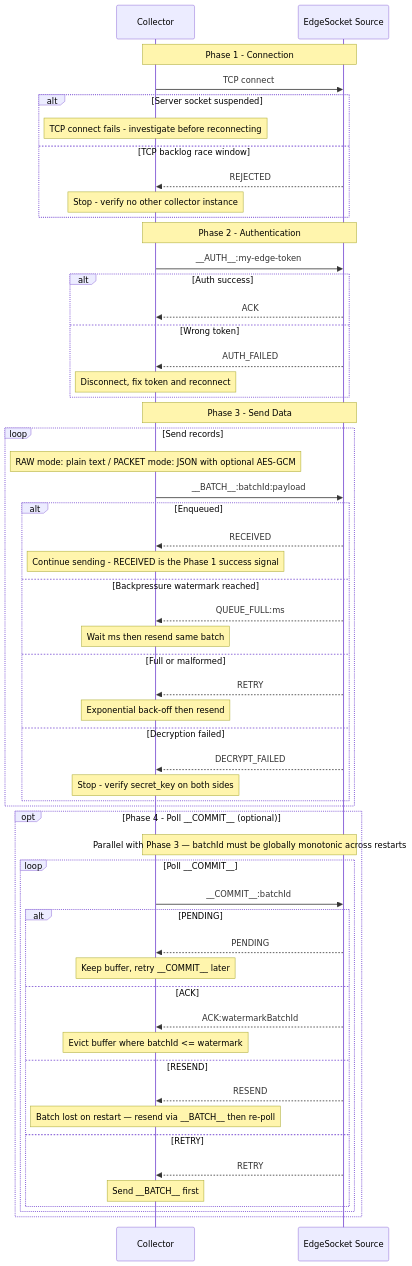
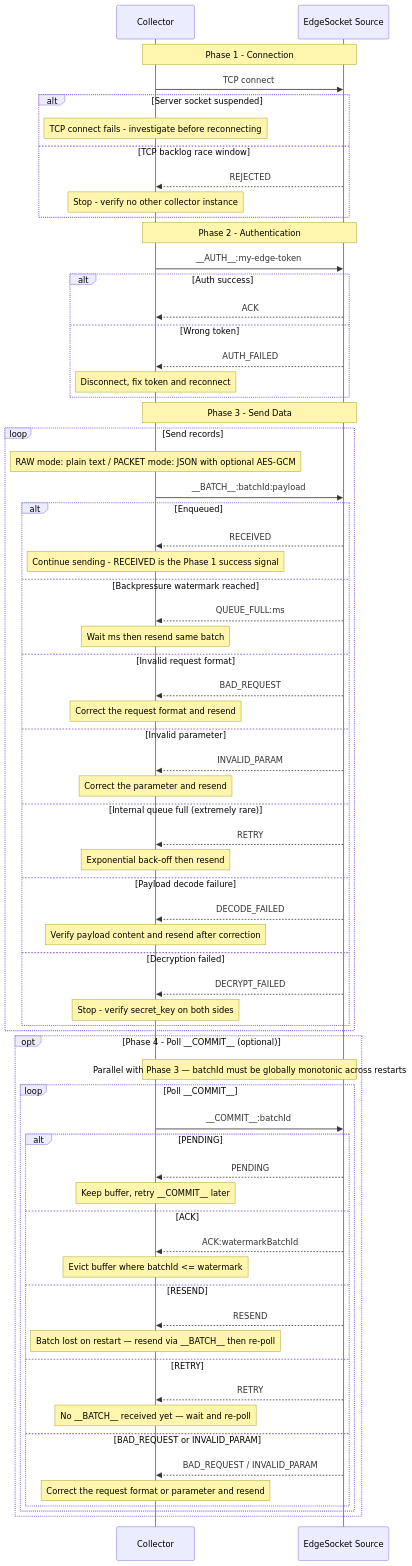
One commit to apache/seatunnel changed the diagram in docs/en/connectors/source/EdgeSocket.md. Above: the diagram before and after it, drawn with Mermaid. The commit also changed other lines of this file and 14 other files, not shown here.

````diff
--- a/docs/en/connectors/source/EdgeSocket.md
+++ b/docs/en/connectors/source/EdgeSocket.md
@@ -354,62 +362,74 @@
 ```mermaid
 sequenceDiagram
       participant C as Collector
       participant S as EdgeSocket Source
 
       Note over C,S: Phase 1 - Connection
       C->>S: TCP connect
       alt Server socket suspended
           Note over C: TCP connect fails - investigate before reconnecting
       else TCP backlog race window
           S-->>C: REJECTED
           Note over C: Stop - verify no other collector instance
       end
 
       Note over C,S: Phase 2 - Authentication
       C->>S: __AUTH__:my-edge-token
       alt Auth success
           S-->>C: ACK
       else Wrong token
           S-->>C: AUTH_FAILED
           Note over C: Disconnect, fix token and reconnect
       end
 
       Note over C,S: Phase 3 - Send Data
       loop Send records
           Note over C: RAW mode: plain text / PACKET mode: JSON with optional AES-GCM
           C->>S: __BATCH__:batchId:payload
           alt Enqueued
               S-->>C: RECEIVED
               Note over C: Continue sending - RECEIVED is the Phase 1 success signal
           else Backpressure watermark reached
               S-->>C: QUEUE_FULL:ms
               Note over C: Wait ms then resend same batch
-          else Full or malformed
+          else Invalid request format
+              S-->>C: BAD_REQUEST
+              Note over C: Correct the request format and resend
+          else Invalid parameter
+              S-->>C: INVALID_PARAM
+              Note over C: Correct the parameter and resend
+          else Internal queue full (extremely rare)
               S-->>C: RETRY
               Note over C: Exponential back-off then resend
+          else Payload decode failure
+              S-->>C: DECODE_FAILED
+              Note over C: Verify payload content and resend after correction
           else Decryption failed
               S-->>C: DECRYPT_FAILED
               Note over C: Stop - verify secret_key on both sides
           end
       end
 
       opt Phase 4 - Poll __COMMIT__ (optional)
           Note over C,S: Parallel with Phase 3 — batchId must be globally monotonic across restarts
           loop Poll __COMMIT__
               C->>S: __COMMIT__:batchId
               alt PENDING
                   S-->>C: PENDING
                   Note over C: Keep buffer, retry __COMMIT__ later
               else ACK
                   S-->>C: ACK:watermarkBatchId
                   Note over C: Evict buffer where batchId <= watermark
               else RESEND
                   S-->>C: RESEND
                   Note over C: Batch lost on restart — resend via __BATCH__ then re-poll
               else RETRY
                   S-->>C: RETRY
-                  Note over C: Send __BATCH__ first
+                  Note over C: No __BATCH__ received yet — wait and re-poll
+              else BAD_REQUEST or INVALID_PARAM
+                  S-->>C: BAD_REQUEST / INVALID_PARAM
+                  Note over C: Correct the request format or parameter and resend
               end
           end
       end
 ```
````
